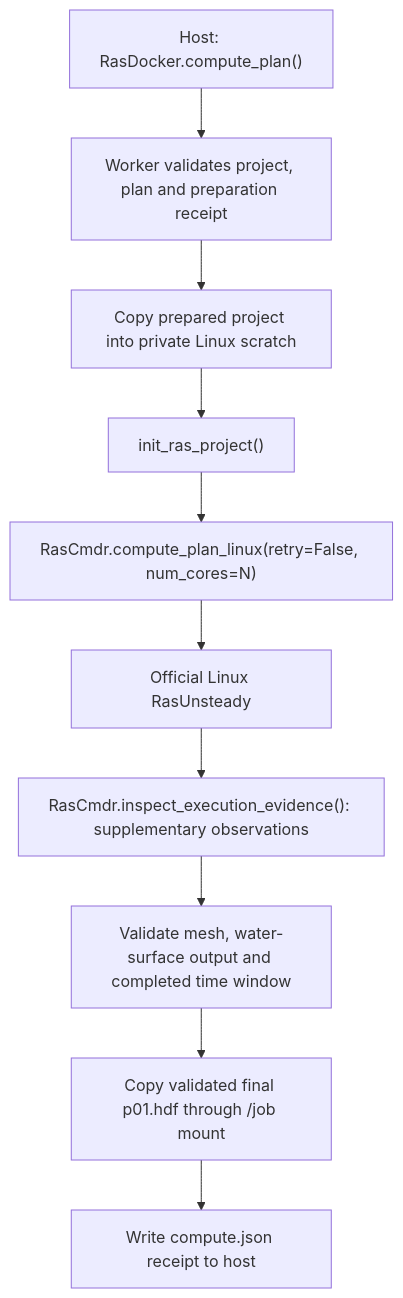
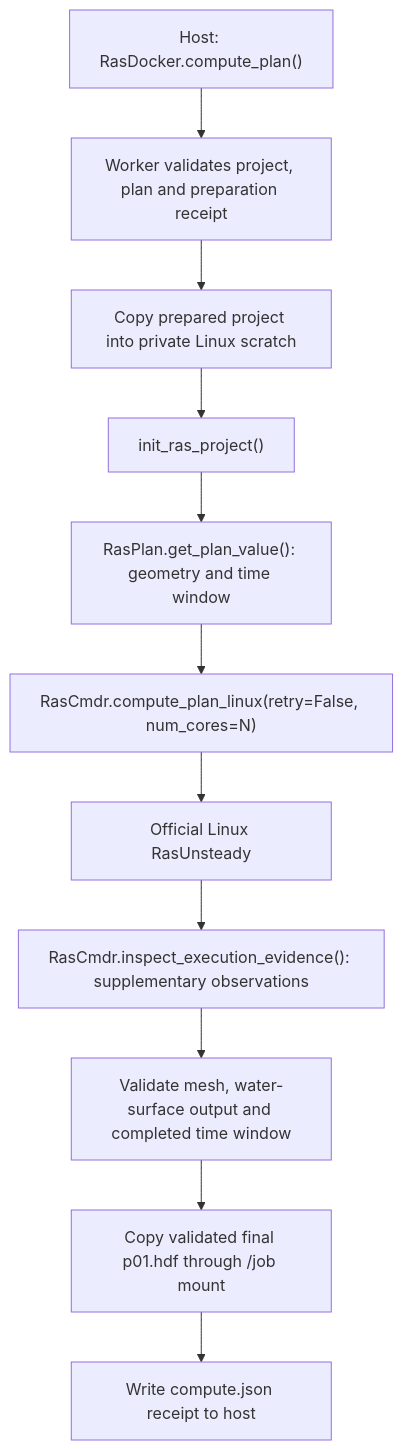
The diagram in containers/hecras-unsteady/README.md (gpt-cmdr/ras-commander), drawn with Mermaid before and after one commit. The commit also changed other lines of this file and 6 other files, not shown here.

````diff
--- a/containers/hecras-unsteady/README.md
+++ b/containers/hecras-unsteady/README.md
@@ -98,12 +99,13 @@
 ```mermaid
 flowchart TD
     A["Host: RasDocker.compute_plan()"] --> B["Worker validates project, plan and preparation receipt"]
     B --> C["Copy prepared project into private Linux scratch"]
     C --> D["init_ras_project()"]
-    D --> E["RasCmdr.compute_plan_linux(retry=False, num_cores=N)"]
+    D --> PLAN["RasPlan.get_plan_value(): geometry and time window"]
+    PLAN --> E["RasCmdr.compute_plan_linux(retry=False, num_cores=N)"]
     E --> F["Official Linux RasUnsteady"]
     F --> OBS["RasCmdr.inspect_execution_evidence(): supplementary observations"]
     OBS --> G["Validate mesh, water-surface output and completed time window"]
     G --> H["Copy validated final p01.hdf through /job mount"]
     H --> I["Write compute.json receipt to host"]
 ```
````
